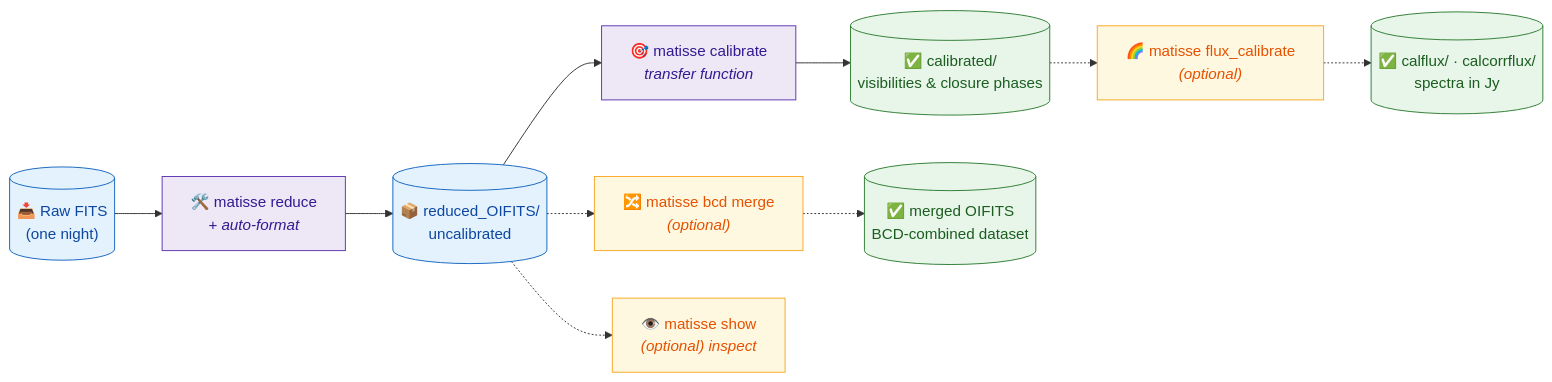
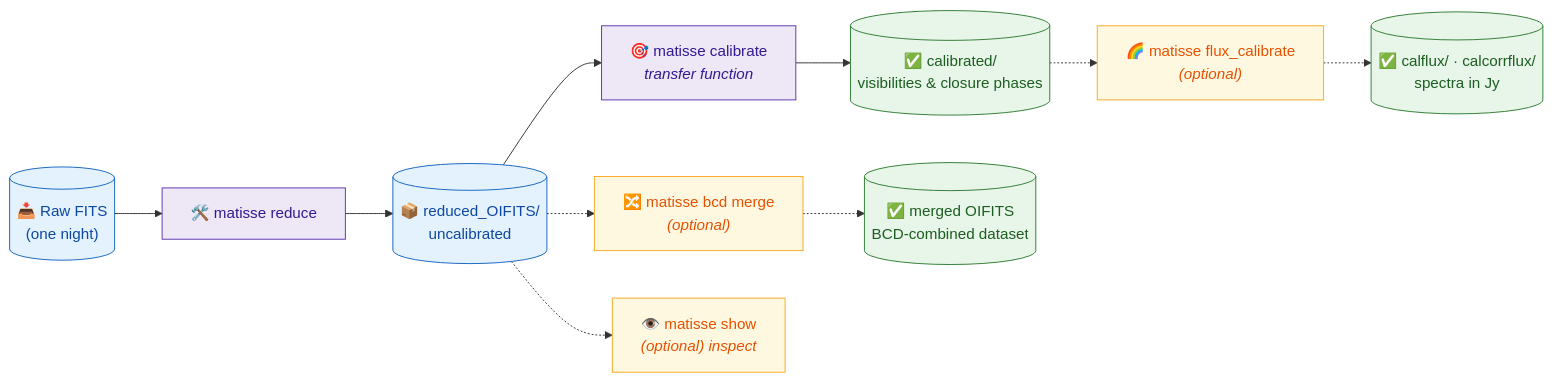
The diagram in docs/workflow-tutorial.md (Matisse-Consortium/matisse-pipeline), drawn with Mermaid before and after one commit. The commit also changed other lines of this file, not shown here.

````diff
--- a/docs/workflow-tutorial.md
+++ b/docs/workflow-tutorial.md
@@ -98,32 +98,32 @@
 ```mermaid
 flowchart LR
     RAW[("📥 Raw FITS<br/>(one night)")]
-    RED["🛠️ matisse reduce<br/><i>+ auto-format</i>"]
+    RED["🛠️ matisse reduce<br/>"]
     OIFITS[("📦 reduced_OIFITS/<br/>uncalibrated")]
 
     CAL["🎯 matisse calibrate<br/><i>transfer function</i>"]
     VISPROD[("✅ calibrated/<br/>visibilities & closure phases")]
 
     FLUX["🌈 matisse flux_calibrate<br/><i>(optional)</i>"]
     FLUXPROD[("✅ calflux/ · calcorrflux/<br/>spectra in Jy")]
 
     BCD["🔀 matisse bcd merge<br/><i>(optional)</i>"]
     BCDPROD[("✅ merged OIFITS<br/>BCD-combined dataset")]
 
     SHOW["👁️ matisse show<br/><i>(optional) inspect</i>"]
 
     RAW --> RED --> OIFITS
     OIFITS --> CAL --> VISPROD
     VISPROD -.-> FLUX -.-> FLUXPROD
     OIFITS -.-> BCD -.-> BCDPROD
     OIFITS -.-> SHOW
 
     classDef data fill:#e3f2fd,stroke:#1565c0,color:#0d47a1;
     classDef step fill:#ede7f6,stroke:#5e35b1,color:#311b92;
     classDef opt fill:#fff8e1,stroke:#f9a825,color:#e65100;
     classDef prod fill:#e8f5e9,stroke:#2e7d32,color:#1b5e20;
     class RAW,OIFITS data;
     class RED,CAL step;
     class FLUX,BCD,SHOW opt;
     class VISPROD,FLUXPROD,BCDPROD prod;
 ```
````
